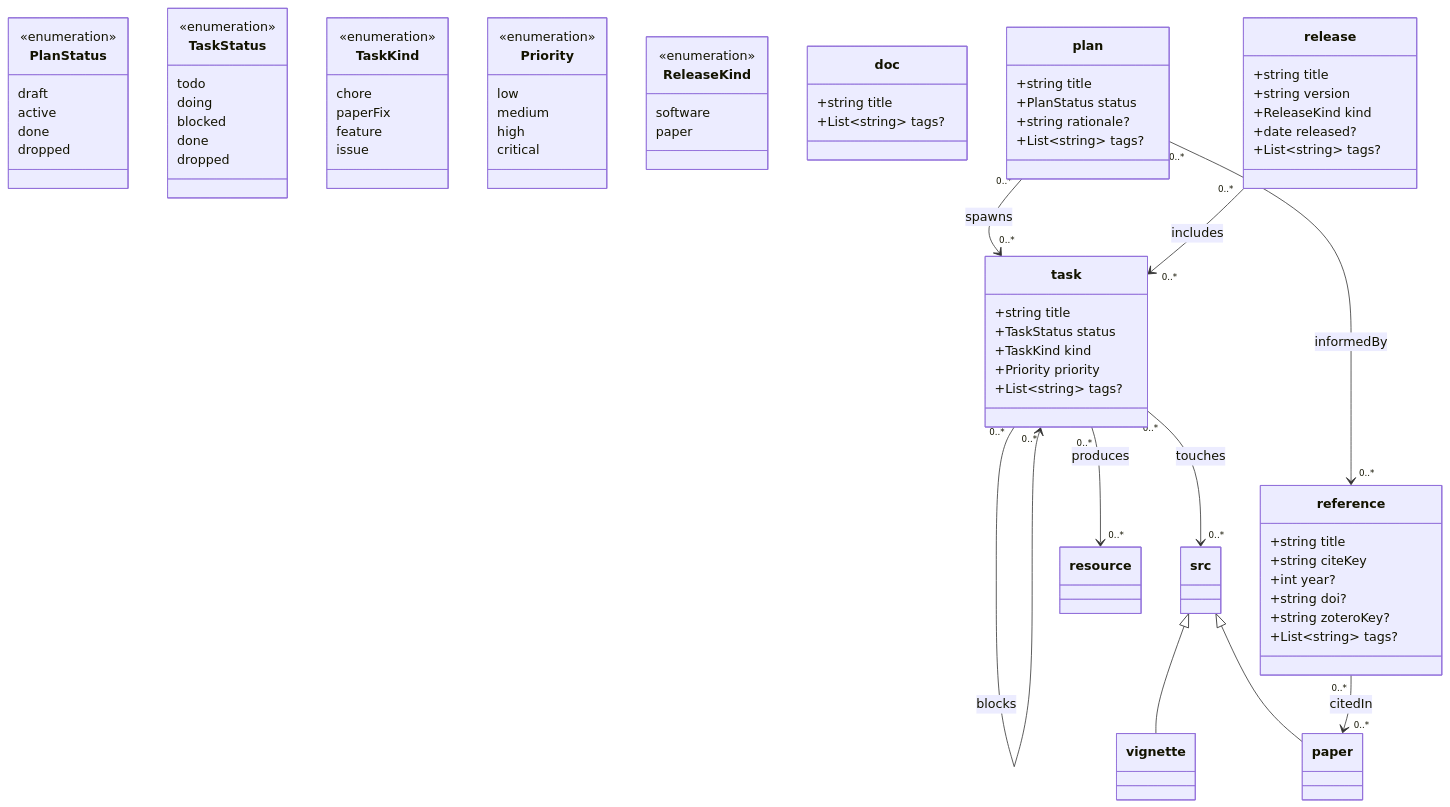
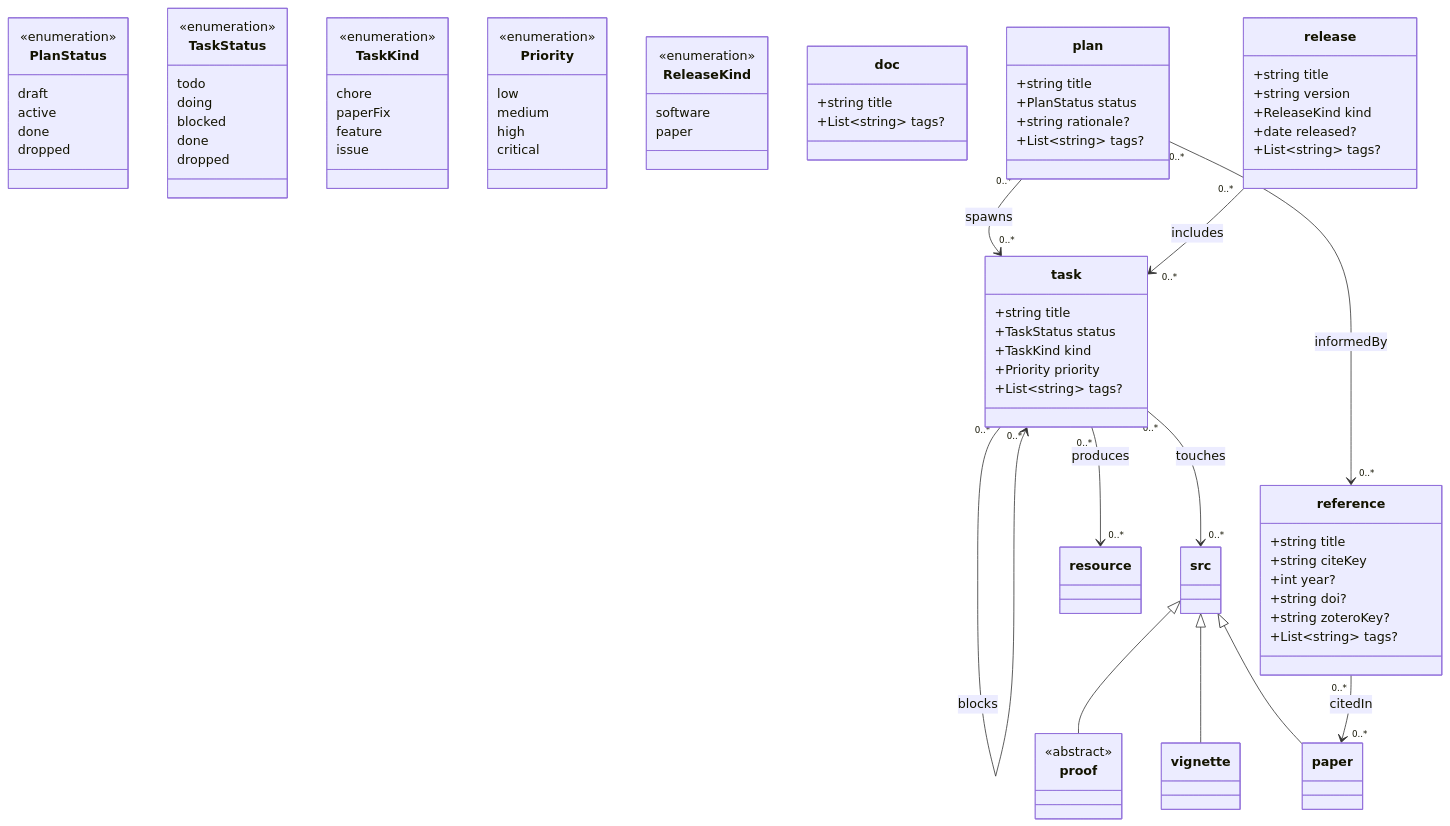
One commit to ai4ci/pit-wasserstein changed the diagram in design/document-model.mmd. Above: the diagram before and after it, drawn with Mermaid. The commit also changed 89 other files, not shown here.

```diff
--- a/design/document-model.mmd
+++ b/design/document-model.mmd
@@ -1,128 +1,133 @@
 classDiagram
 %% Class roots. @base is this file's directory (design/), so a bare relative
 %% target lands under design/. Prose lives in its own design/doc/ root: a
 %% markdown file is attributed to the FIRST class root containing it, so `doc`
 %% must not own design/ itself or it swallows plan/, task/, reference/ and
 %% release/ (instance/class-mismatch), and design/VALIDATION.md would become a
 %% graph/orphan-file.
 %% @prefix doc: <doc/> .
 %% @prefix plan: <plan/> .
 %% @prefix task: <task/> .
 %% @prefix reference: <reference/> .
 %% @prefix release: <release/> .
 %% Code and artefacts. The src family is NOT rooted at the repo root: with
 %% `src: <repo:/>` every anchor canonicalises to the reserved `repo:` scheme
 %% and links fail with graph/non-canonical-uri. Each subclass is rooted
 %% explicitly instead; longest-match canonicalisation means paper: wins over
 %% vignette: for files under vignettes/main/, and resource: over paper: for
 %% files under vignettes/main/fig/. One class per path: two classes resolving
 %% to the same directory is path/collision.
 %% @prefix src: <repo:R/> .
+%% @prefix proof: <repo:proof/> .
 %% @prefix vignette: <repo:vignettes/> .
 %% @prefix paper: <repo:vignettes/main/> .
 %% @prefix resource: <repo:vignettes/main/fig/> .
 %% Value types. Declaration order IS the sort order projected into DuckDB, so
 %% Priority is lowest-first: `ORDER BY priority DESC` puts `critical` first.
 class PlanStatus {
     <<enumeration>>
     draft
     active
     done
     dropped
 }
 class TaskStatus {
     <<enumeration>>
     todo
     doing
     blocked
     done
     dropped
 }
 class TaskKind {
     <<enumeration>>
     chore
     paperFix
     feature
     issue
 }
 class Priority {
     <<enumeration>>
     low
     medium
     high
     critical
 }
 class ReleaseKind {
     <<enumeration>>
     software
     paper
 }
 %% Document classes. `title` is repeated rather than inherited: one line per
 %% class, and no reliance on root-by-inheritance resolution.
 class doc {
     +string title
     +List~string~ tags?
 }
 class plan {
     +string title
     +PlanStatus status
     +string rationale?
     +List~string~ tags?
 }
 class task {
     +string title
     +TaskStatus status
     +TaskKind kind
     +Priority priority
     +List~string~ tags?
 }
 class reference {
     +string title
     +string citeKey
     +int year?
     +string doi?
     +string zoteroKey?
     +List~string~ tags?
 }
 class release {
     +string title
     +string version
     +ReleaseKind kind
     +date released?
     +List~string~ tags?
 }
 %% Code side. Reserved families (`src`, `resource`) are non-instantiable and
 %% forbid attributes, so they cannot carry a title -- the resulting
 %% model/no-title-attribute warnings on paper and resource are unfixable by
 %% construction and expected.
 %% `paper:main.tex` and `paper:refs.bib` address at file level only: loom has no
 %% latex or bibtex grammar, so there are no per-entry anchors. .Rmd is likewise
 %% unsupported (source/unsupported-language) and addresses whole-file. R files
 %% do yield function anchors, e.g. `src:scoring.R#pit_w`.
 class src
+class proof {
+    <<abstract>>
+}
 class vignette
 class paper
 class resource
+src <|-- proof
 src <|-- vignette
 src <|-- paper
 %% Relations. camelCase throughout: loom normalises frontmatter keys to the
 %% camelCase attribute name. A relation targets exactly one declared class, so
 %% anything looser is a body link, not a relation.
 plan "0..*" --> "0..*" task : spawns
 plan "0..*" --> "0..*" reference : informedBy
 task "0..*" --> "0..*" task : blocks
 task "0..*" --> "0..*" src : touches
 task "0..*" --> "0..*" resource : produces
 reference "0..*" --> "0..*" paper : citedIn
 release "0..*" --> "0..*" task : includes
 %% Views: SQL on `%%` continuation lines after `%% @view NAME` -- bare indented
 %% lines are parsed as mermaid and fail. A `uri` column renders as a titled
 %% link, so `title` is deliberately not selected alongside it.
 %% @view openTasks
 %%   SELECT uri, status, priority FROM task WHERE status NOT IN ('done', 'dropped') ORDER BY priority DESC, status
 %% @view activePlans
 %%   SELECT uri, status FROM plan WHERE status NOT IN ('done', 'dropped')
 %% @view references
 %%   SELECT uri, citeKey, year FROM reference ORDER BY year DESC
 %% @view releases
 %%   SELECT uri, version, kind, released FROM release ORDER BY released DESC
```
